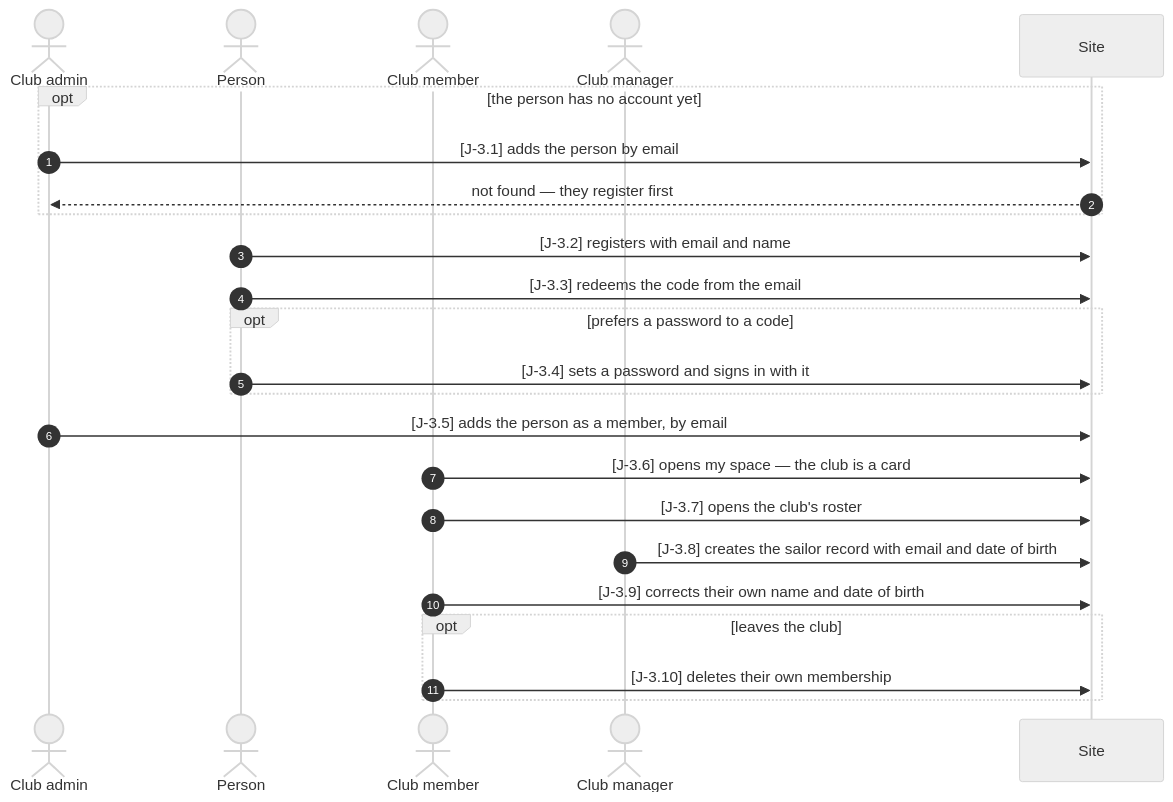
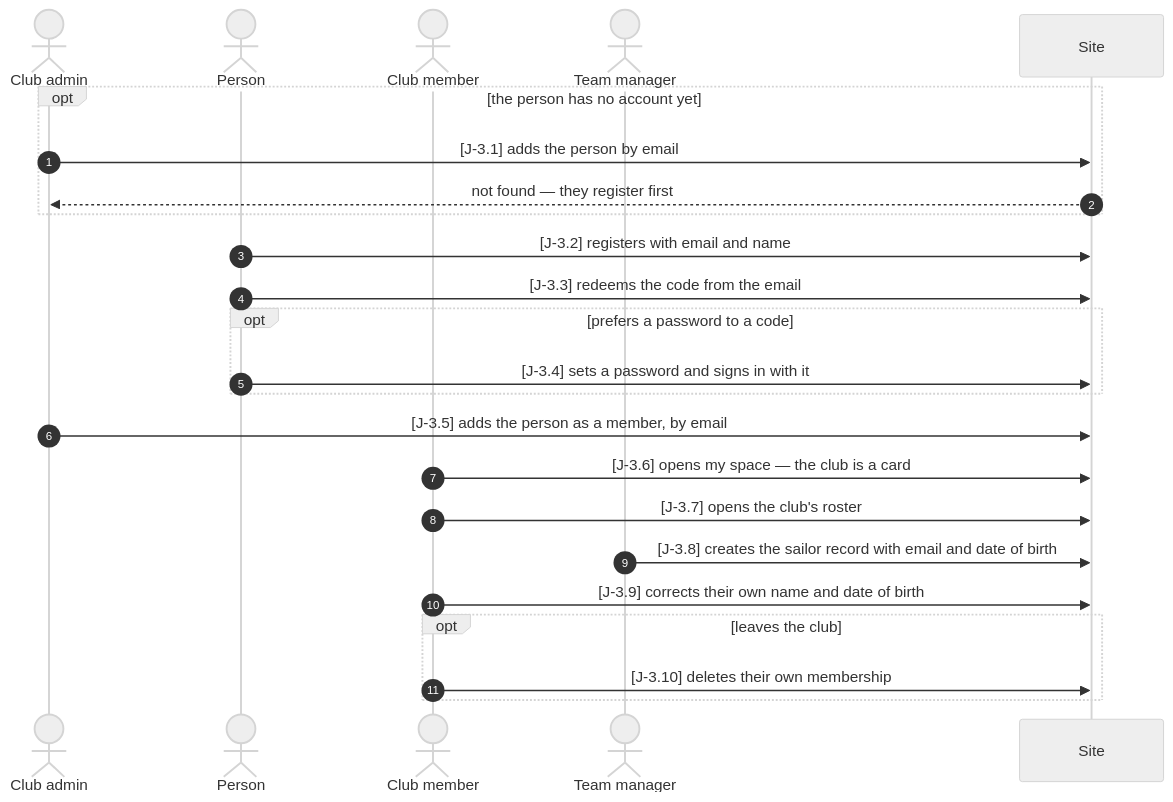
The diagram in docs/journeys/member.md (gundramleifert/segel-bundesliga), drawn with Mermaid (neutral theme) before and after one commit. The commit also changed other lines of this file and 69 other files, not shown here.

First line of the commit message:
Rename the club's manager to "team manager"

````diff
--- a/docs/journeys/member.md
+++ b/docs/journeys/member.md
@@ -13,27 +13,27 @@
 ```mermaid
 sequenceDiagram
   autonumber
   actor CA as Club admin
   actor N as Person
   actor M as Club member
-  actor CM as Club manager
+  actor TM as Team manager
   participant P as Site
 
   opt the person has no account yet
     CA->>P: [J-3.1] adds the person by email
     P-->>CA: not found — they register first
   end
   N->>P: [J-3.2] registers with email and name
   N->>P: [J-3.3] redeems the code from the email
   opt prefers a password to a code
     N->>P: [J-3.4] sets a password and signs in with it
   end
   CA->>P: [J-3.5] adds the person as a member, by email
   M->>P: [J-3.6] opens my space — the club is a card
   M->>P: [J-3.7] opens the club's roster
-  CM->>P: [J-3.8] creates the sailor record with email and date of birth
+  TM->>P: [J-3.8] creates the sailor record with email and date of birth
   M->>P: [J-3.9] corrects their own name and date of birth
   opt leaves the club
     M->>P: [J-3.10] deletes their own membership
   end
 ```
````
